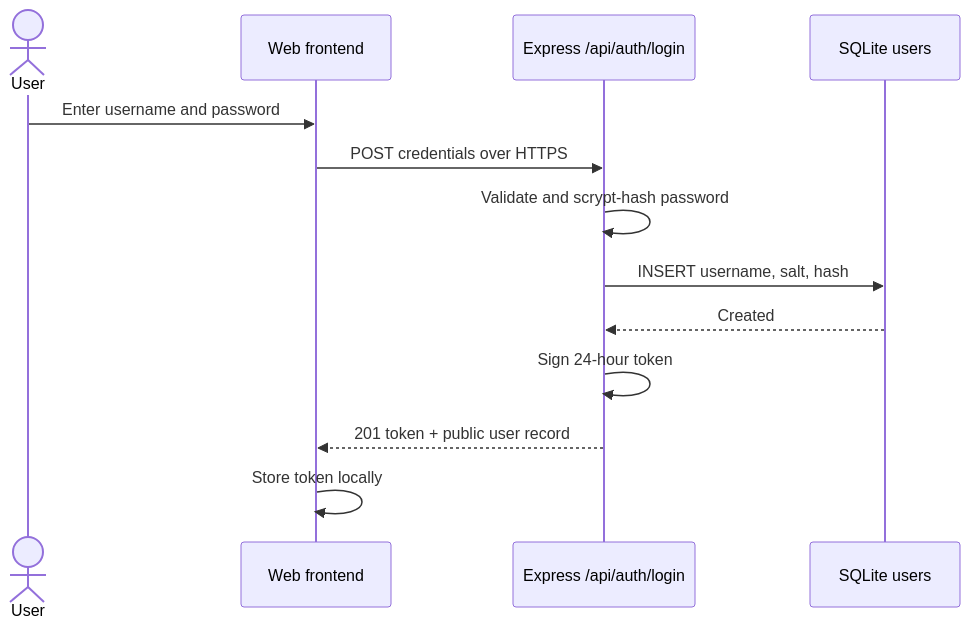
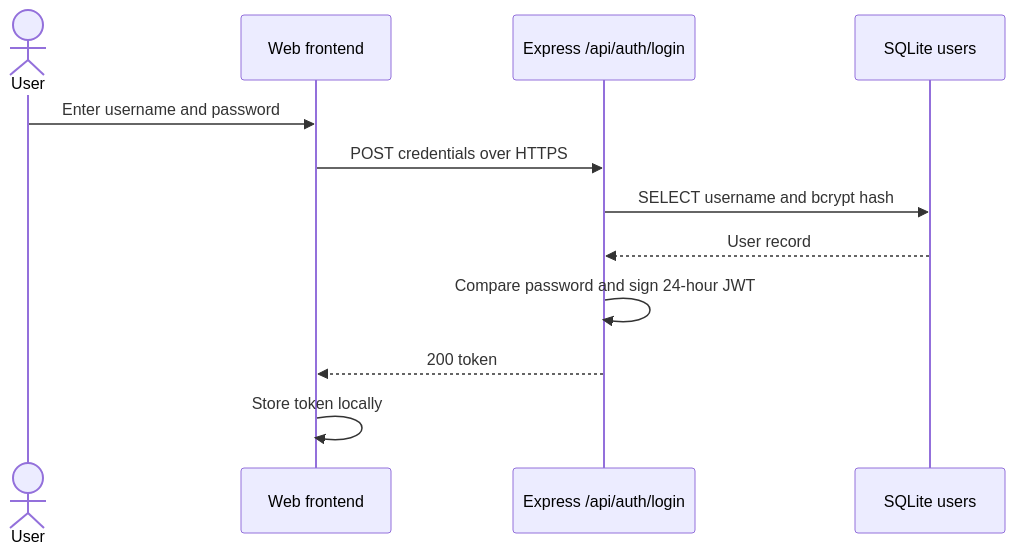
Before and after one commit to VictorWu-oss/SWE-Group-Project: the first of 3 diagrams in docs/access-control-sequences.md, drawn with Mermaid.

Commit message:
docs: align access control sequence with jwt sign-in

````diff
--- a/docs/access-control-sequences.md
+++ b/docs/access-control-sequences.md
@@ -7,15 +7,14 @@
 ```mermaid
 sequenceDiagram
   actor User
   participant Web as Web frontend
   participant API as Express /api/auth/login
   participant DB as SQLite users
   User->>Web: Enter username and password
   Web->>API: POST credentials over HTTPS
-  API->>API: Validate and scrypt-hash password
-  API->>DB: INSERT username, salt, hash
-  DB-->>API: Created
-  API->>API: Sign 24-hour token
-  API-->>Web: 201 token + public user record
+  API->>DB: SELECT username and bcrypt hash
+  DB-->>API: User record
+  API->>API: Compare password and sign 24-hour JWT
+  API-->>Web: 200 token
   Web->>Web: Store token locally
 ```
````
